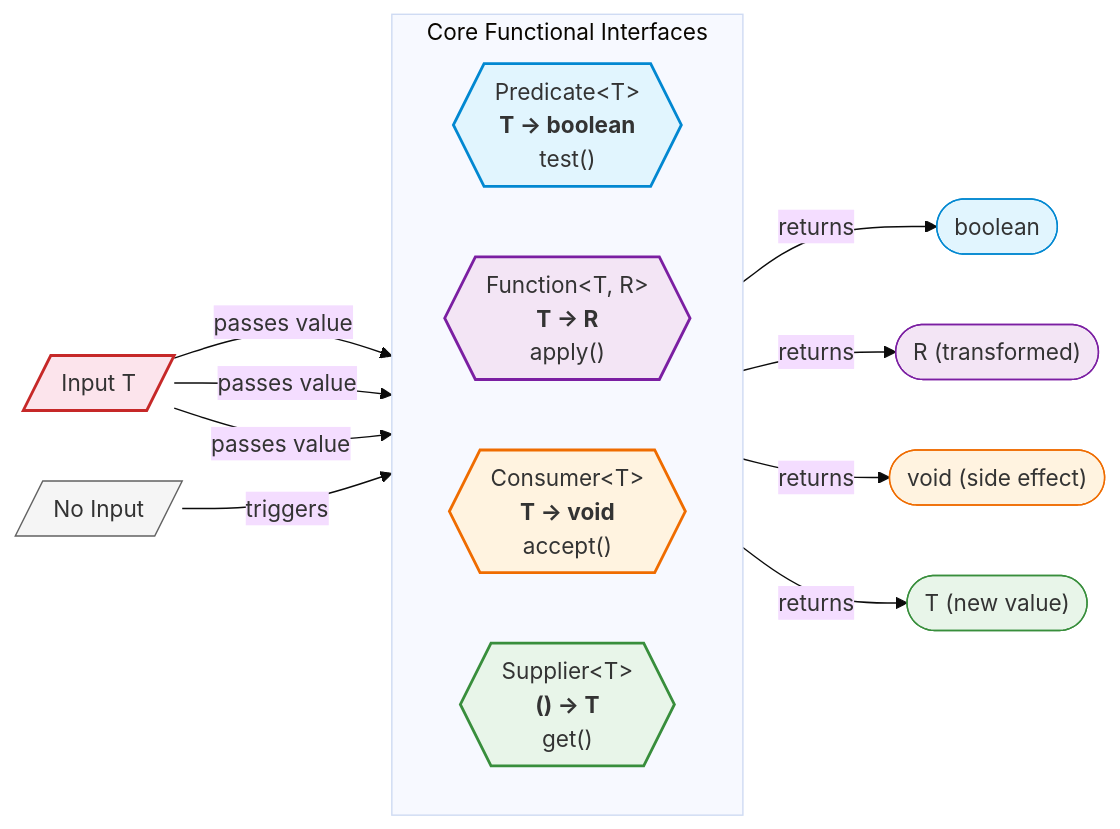
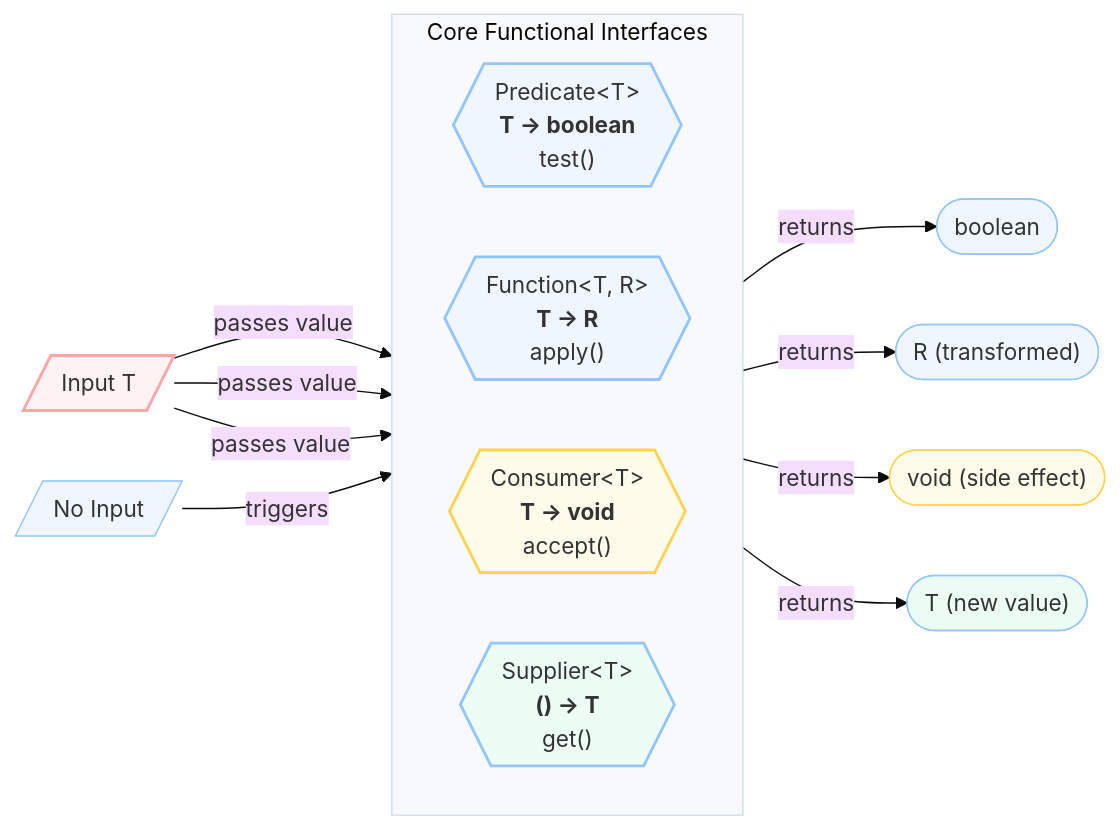
Before and after one commit to saivamsikaruturi/vamsilabs-dev-notes-main: the first of 3 diagrams in docs/java/Java8.md, drawn with Mermaid (base theme). The commit also changed other lines of this file and 220 other files, not shown here.

First line of the commit message:
Add 50+ new Java/Spring Boot pages, rewrite CSS code blocks to Oracle style, fix all diagram colors

````diff
--- a/docs/java/Java8.md
+++ b/docs/java/Java8.md
@@ -41,31 +41,31 @@
 ```mermaid
 flowchart LR
     subgraph FunctionalInterfaces["Core Functional Interfaces"]
         direction LR
         P{{"Predicate&lt;T&gt;<br/><b>T → boolean</b><br/>test()"}}
         F{{"Function&lt;T, R&gt;<br/><b>T → R</b><br/>apply()"}}
         C{{"Consumer&lt;T&gt;<br/><b>T → void</b><br/>accept()"}}
         S{{"Supplier&lt;T&gt;<br/><b>() → T</b><br/>get()"}}
     end
 
     IN[/"Input T"/] -->|"passes value"| P
     IN -->|"passes value"| F
     IN -->|"passes value"| C
     NOTHING[/"No Input"/] -->|"triggers"| S
 
     P -->|"returns"| BOOL(["boolean"])
     F -->|"returns"| R(["R (transformed)"])
     C -->|"returns"| VOID(["void (side effect)"])
     S -->|"returns"| T(["T (new value)"])
 
-    style P fill:#e1f5fe,stroke:#0288d1,stroke-width:2px
-    style F fill:#f3e5f5,stroke:#7b1fa2,stroke-width:2px
-    style C fill:#fff3e0,stroke:#ef6c00,stroke-width:2px
-    style S fill:#e8f5e9,stroke:#388e3c,stroke-width:2px
-    style BOOL fill:#e1f5fe,stroke:#0288d1
-    style R fill:#f3e5f5,stroke:#7b1fa2
-    style VOID fill:#fff3e0,stroke:#ef6c00
-    style T fill:#e8f5e9,stroke:#388e3c
-    style IN fill:#fce4ec,stroke:#c62828,stroke-width:2px
-    style NOTHING fill:#f5f5f5,stroke:#616161
+    style P fill:#EFF6FF,stroke:#93C5FD,stroke-width:2px
+    style F fill:#EFF6FF,stroke:#93C5FD,stroke-width:2px
+    style C fill:#FFFBEB,stroke:#FCD34D,stroke-width:2px
+    style S fill:#ECFDF5,stroke:#93C5FD,stroke-width:2px
+    style BOOL fill:#EFF6FF,stroke:#93C5FD
+    style R fill:#EFF6FF,stroke:#93C5FD
+    style VOID fill:#FFFBEB,stroke:#FCD34D
+    style T fill:#ECFDF5,stroke:#93C5FD
+    style IN fill:#FEF2F2,stroke:#FCA5A5,stroke-width:2px
+    style NOTHING fill:#EFF6FF,stroke:#93C5FD
 ```
````
